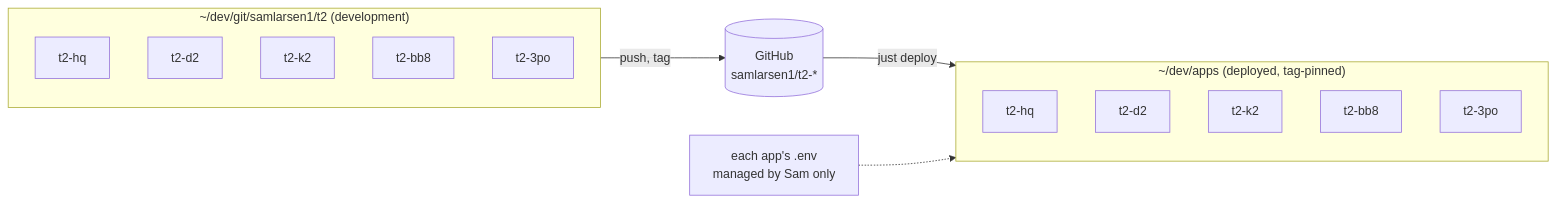
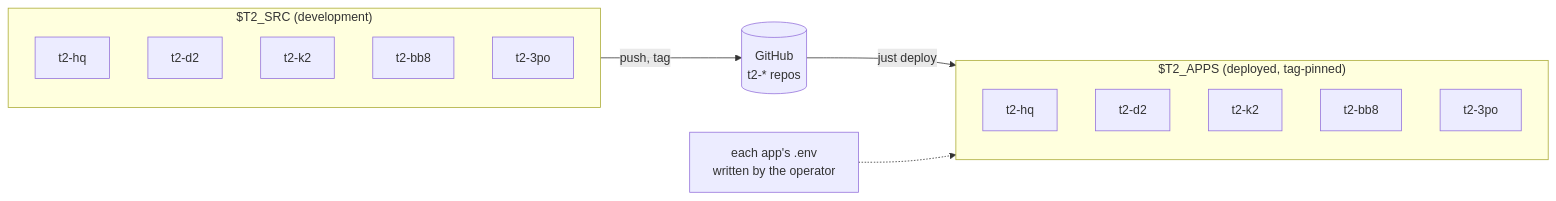
Before and after one commit to samlarsen1/t2-hq: the third of 3 diagrams in ARCHITECTURE.md, drawn with Mermaid. The commit also changed other lines of this file and 3 other files, not shown here.

````diff
--- a/ARCHITECTURE.md
+++ b/ARCHITECTURE.md
@@ -103,21 +104,21 @@
 ```mermaid
 flowchart LR
-    subgraph dev["~/dev/git/samlarsen1/t2 (development)"]
+    subgraph dev["$T2_SRC (development)"]
         r1["t2-hq"]
         r2["t2-d2"]
         r3["t2-k2"]
         r4["t2-bb8"]
         r5["t2-3po"]
     end
-    gh[("GitHub<br/>samlarsen1/t2-*")]
-    subgraph apps["~/dev/apps (deployed, tag-pinned)"]
+    gh[("GitHub<br/>t2-* repos")]
+    subgraph apps["$T2_APPS (deployed, tag-pinned)"]
         a1["t2-hq"]
         a2["t2-d2"]
         a3["t2-k2"]
         a4["t2-bb8"]
         a5["t2-3po"]
     end
     dev -->|"push, tag"| gh
     gh -->|"just deploy"| apps
-    env["each app's .env<br/>managed by Sam only"] -.-> apps
+    env["each app's .env<br/>written by the operator"] -.-> apps
 ```
````
